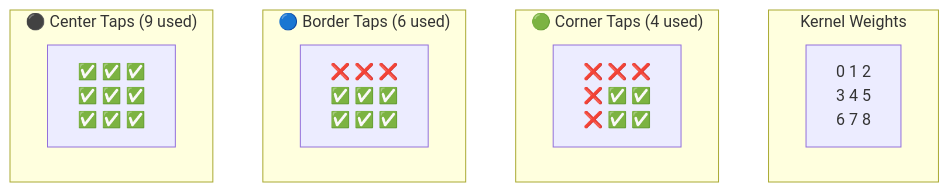
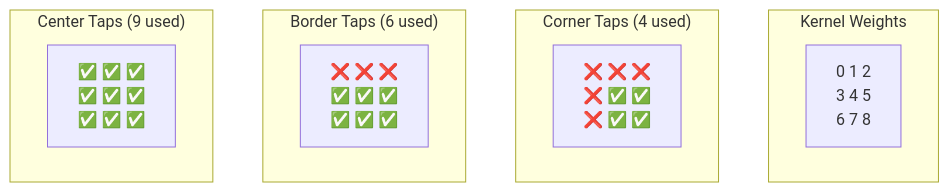
The eighth of 12 diagrams in src/tensor/README.md (jalcim/logilib), drawn with Mermaid before and after one commit. The commit also changed other lines of this file and 1 other file, not shown here.

Commit message:
mermaid again

````diff
--- a/src/tensor/README.md
+++ b/src/tensor/README.md
@@ -136,19 +136,19 @@
 ```mermaid
 graph TD
     subgraph "Kernel Weights"
         K[0 1 2<br/>3 4 5<br/>6 7 8]
     end
 
-    subgraph "🟢 Corner Taps (4 used)"
+    subgraph "Corner Taps (4 used)"
         C[❌ ❌ ❌<br/>❌ ✅ ✅<br/>❌ ✅ ✅]
     end
 
-    subgraph "🔵 Border Taps (6 used)"
+    subgraph "Border Taps (6 used)"
         B[❌ ❌ ❌<br/>✅ ✅ ✅<br/>✅ ✅ ✅]
     end
 
-    subgraph "⚫ Center Taps (9 used)"
+    subgraph "Center Taps (9 used)"
         A[✅ ✅ ✅<br/>✅ ✅ ✅<br/>✅ ✅ ✅]
     end
 
 ```
````
